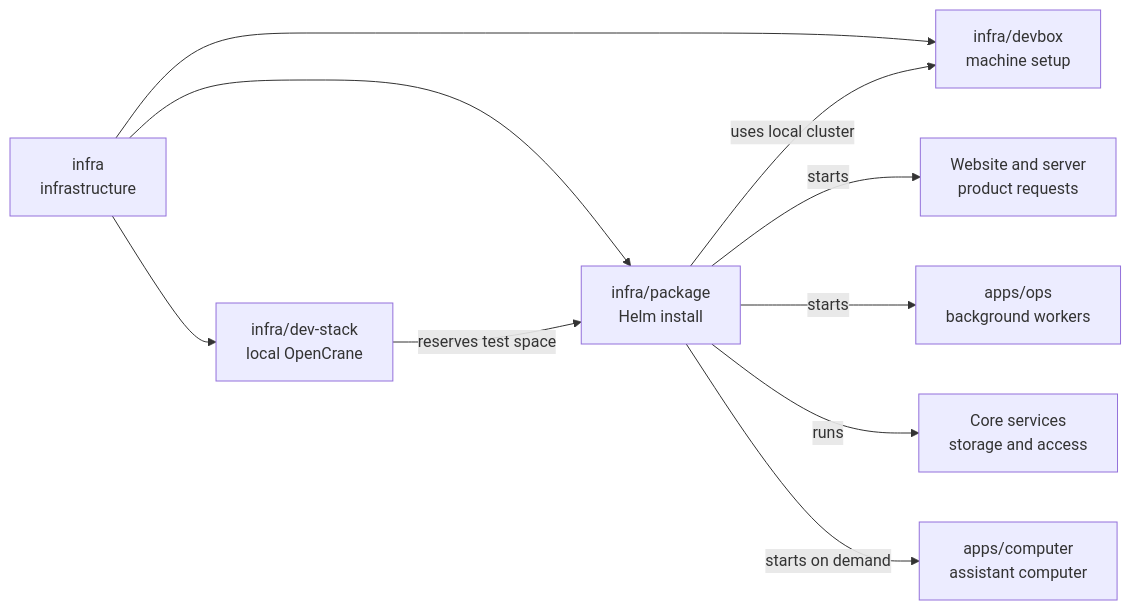
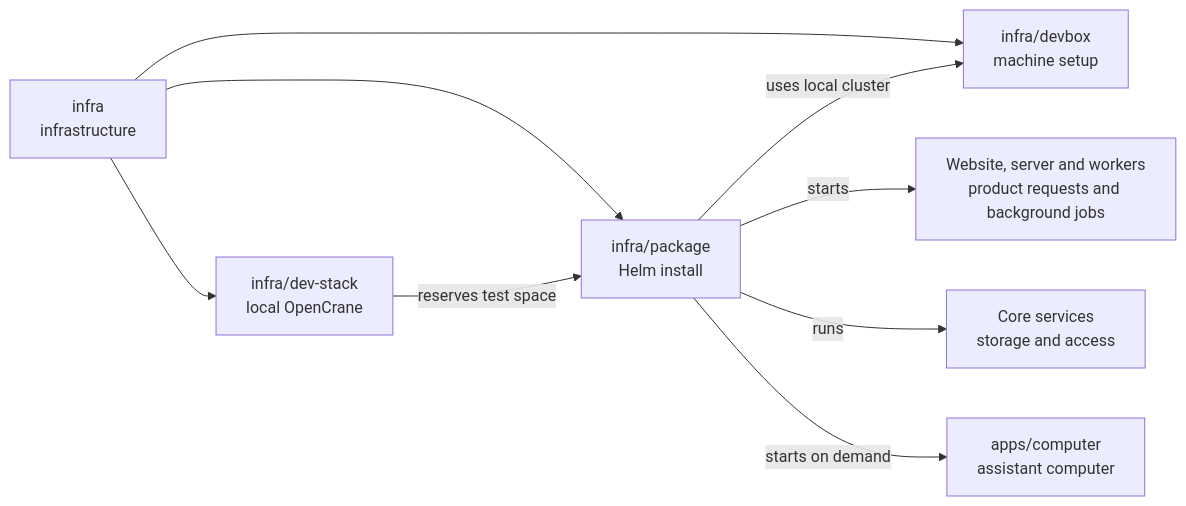
Before and after one commit to elewa-git/opencrane-new: the diagram in infra/package/README.md, drawn with Mermaid. The commit also changed other lines of this file and 11 other files, not shown here.

````diff
--- a/infra/package/README.md
+++ b/infra/package/README.md
@@ -18,12 +18,11 @@
 ```mermaid
 flowchart LR
   infra["infra<br/>infrastructure"] --> package["infra/package<br/>Helm install"]
   infra --> stack["infra/dev-stack<br/>local OpenCrane"]
   infra --> devbox["infra/devbox<br/>machine setup"]
   stack -->|reserves test space| package
   package -->|uses local cluster| devbox
-  package -->|starts| apps["Website and server<br/>product requests"]
-  package -->|starts| workers["apps/ops<br/>background workers"]
+  package -->|starts| apps["Website, server and workers<br/>product requests and background jobs"]
   package -->|runs| services["Core services<br/>storage and access"]
   package -->|starts on demand| computer["apps/computer<br/>assistant computer"]
 ```
````
